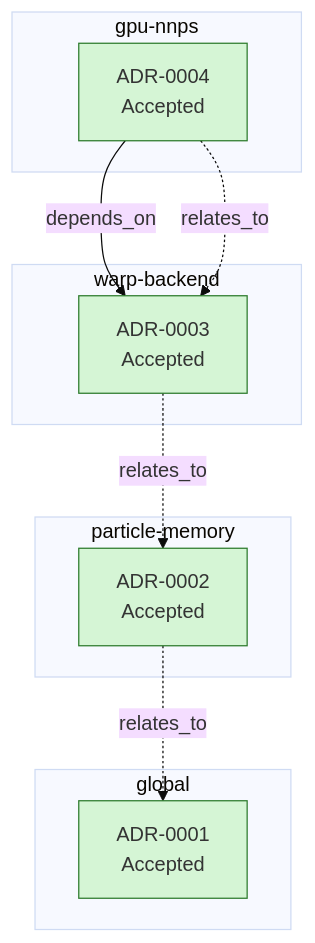
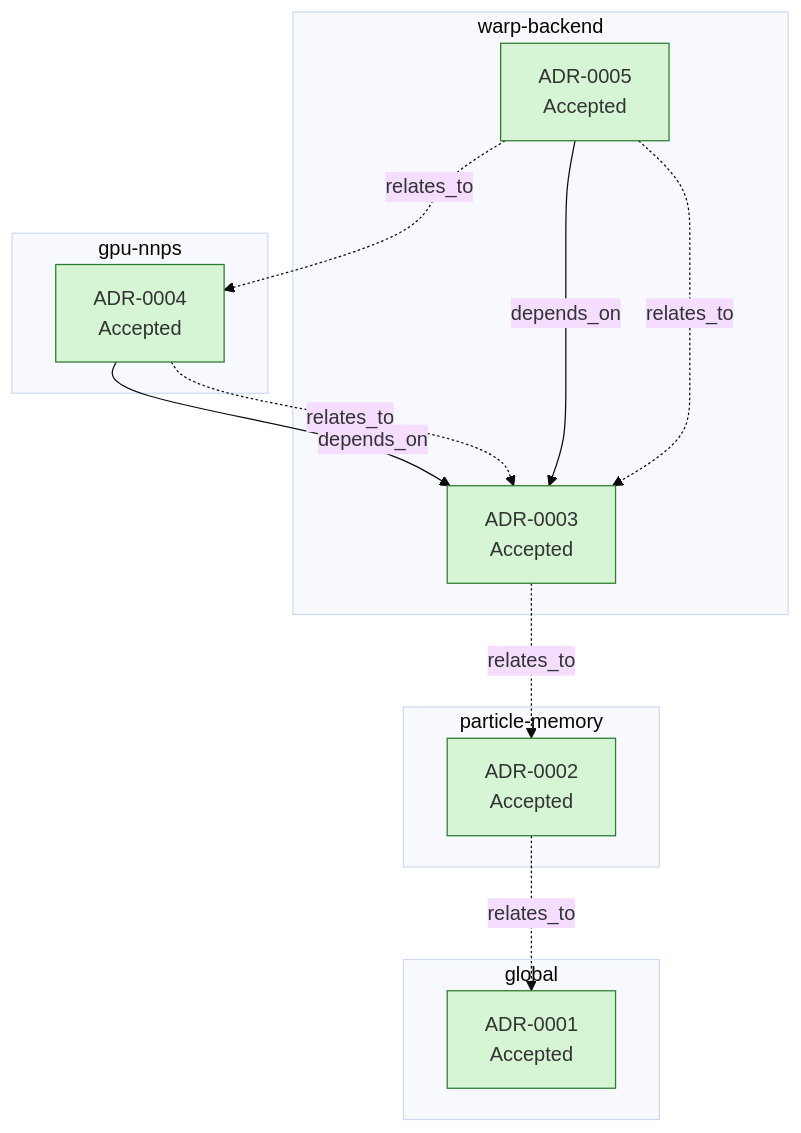
One commit to pypr/pysph changed the diagram in .ai/implementations/blast-from-the-past/decisions/graph.md. Above: the diagram before and after it, drawn with Mermaid (base theme). The commit also changed 29 other files, not shown here.

````diff
--- a/.ai/implementations/blast-from-the-past/decisions/graph.md
+++ b/.ai/implementations/blast-from-the-past/decisions/graph.md
@@ -5,27 +5,32 @@
 ```mermaid
 flowchart TD
   subgraph global[global]
     ADR_0001["ADR-0001<br/>Accepted"]
   end
   subgraph gpu_nnps[gpu-nnps]
     ADR_0004["ADR-0004<br/>Accepted"]
   end
   subgraph particle_memory[particle-memory]
     ADR_0002["ADR-0002<br/>Accepted"]
   end
   subgraph warp_backend[warp-backend]
     ADR_0003["ADR-0003<br/>Accepted"]
+    ADR_0005["ADR-0005<br/>Accepted"]
   end
   ADR_0002 -. relates_to .-> ADR_0001
   ADR_0003 -. relates_to .-> ADR_0002
   ADR_0004 -- depends_on --> ADR_0003
   ADR_0004 -. relates_to .-> ADR_0003
+  ADR_0005 -- depends_on --> ADR_0003
+  ADR_0005 -. relates_to .-> ADR_0003
+  ADR_0005 -. relates_to .-> ADR_0004
   classDef Accepted fill:#d5f5d5,stroke:#2c7a2c;
   classDef Proposed fill:#fff3bf,stroke:#9a7500;
   classDef Superseded fill:#e5e7eb,stroke:#6b7280;
   classDef Rejected fill:#ffd6d6,stroke:#b91c1c;
   class ADR_0001 Accepted;
   class ADR_0002 Accepted;
   class ADR_0003 Accepted;
   class ADR_0004 Accepted;
+  class ADR_0005 Accepted;
 ```
````
